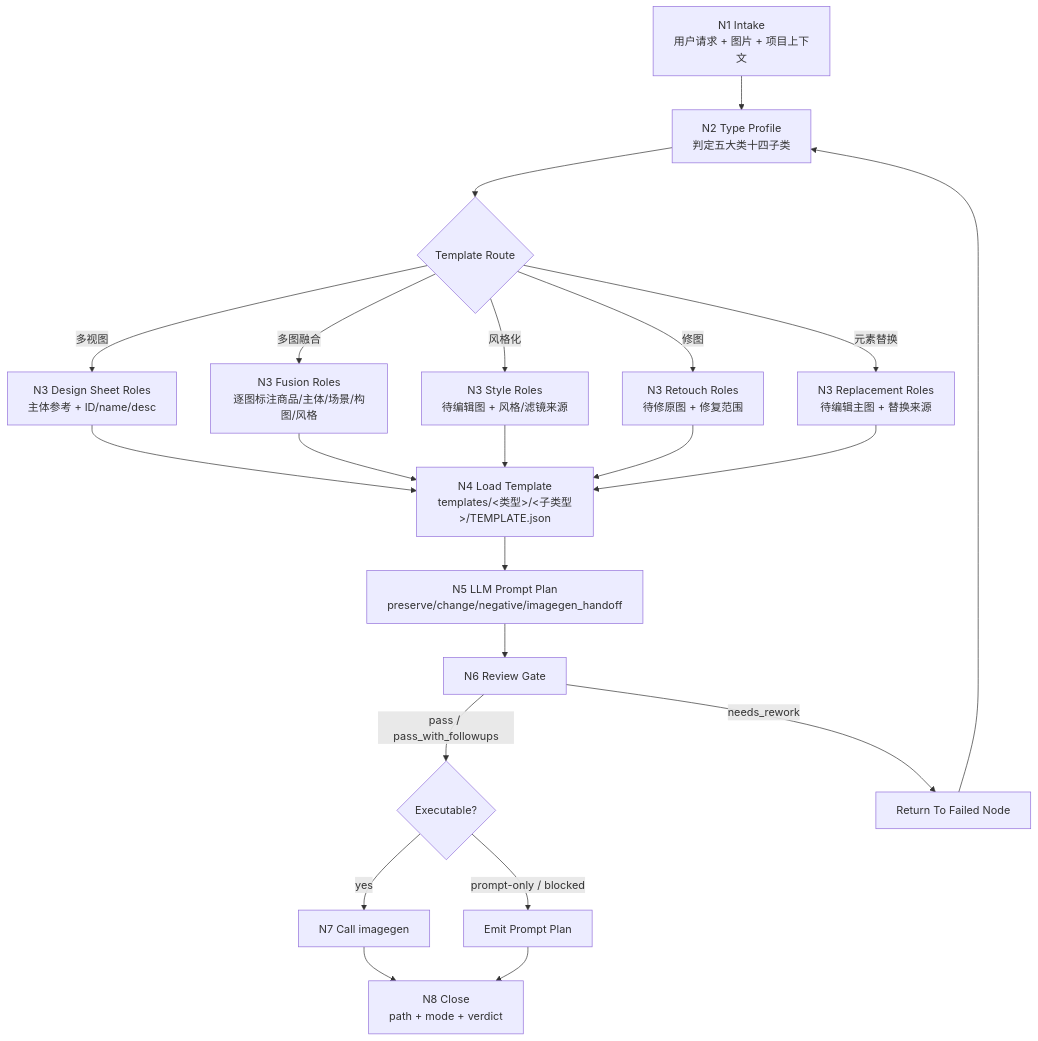
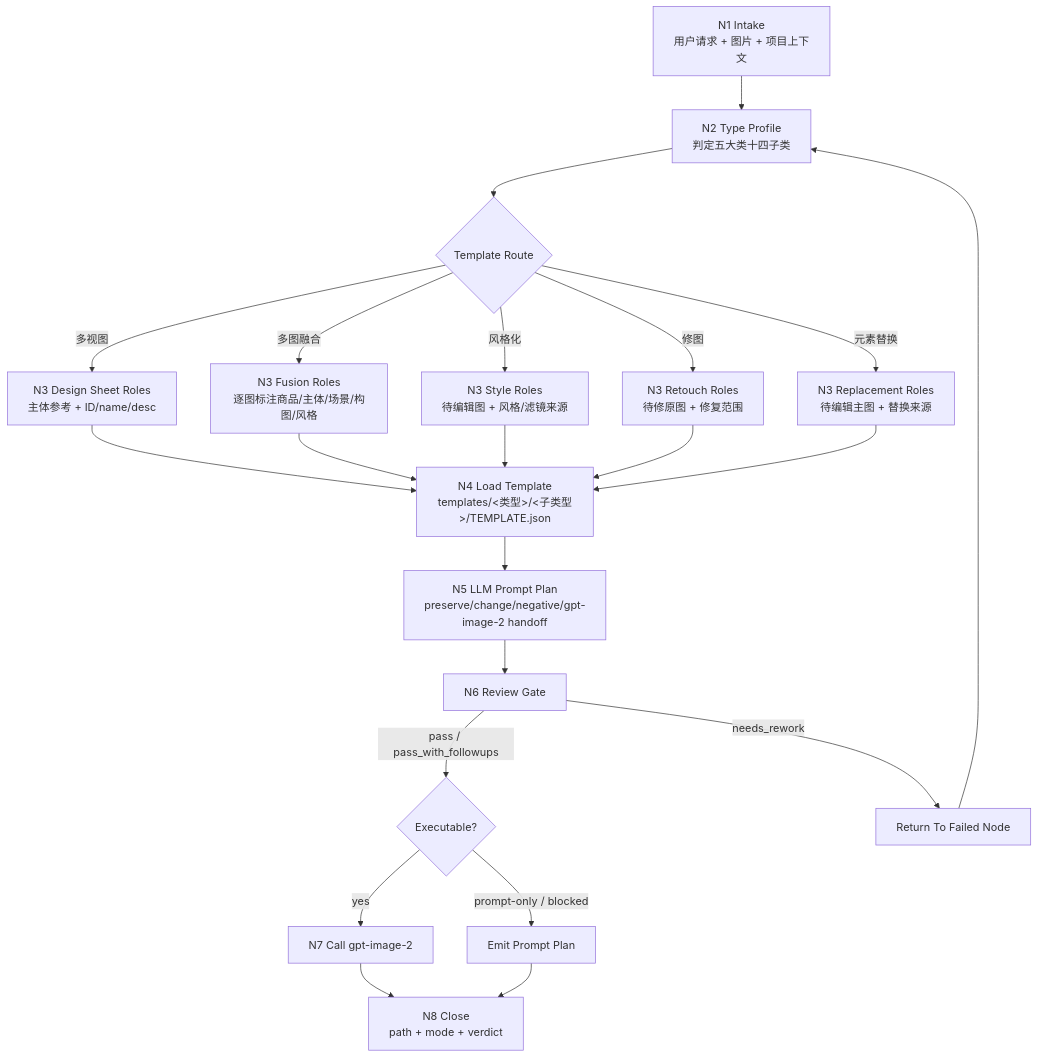
One commit to ZEN-VOID/AI-CUT changed the first of 2 diagrams in .agents/skills/photoGPT/steps/execution-workflow.md. Above: the diagram before and after it, drawn with Mermaid. The commit also changed other lines of this file and 59 other files, not shown here.

````diff
--- a/.agents/skills/photoGPT/steps/execution-workflow.md
+++ b/.agents/skills/photoGPT/steps/execution-workflow.md
@@ -7,24 +7,24 @@
 ```mermaid
 flowchart TD
     A["N1 Intake<br/>用户请求 + 图片 + 项目上下文"] --> B["N2 Type Profile<br/>判定五大类十四子类"]
     B --> C{"Template Route"}
     C -->|"多视图"| D["N3 Design Sheet Roles<br/>主体参考 + ID/name/desc"]
     C -->|"多图融合"| E["N3 Fusion Roles<br/>逐图标注商品/主体/场景/构图/风格"]
     C -->|"风格化"| F["N3 Style Roles<br/>待编辑图 + 风格/滤镜来源"]
     C -->|"修图"| G["N3 Retouch Roles<br/>待修原图 + 修复范围"]
     C -->|"元素替换"| H["N3 Replacement Roles<br/>待编辑主图 + 替换来源"]
     D --> I["N4 Load Template<br/>templates/<类型>/<子类型>/TEMPLATE.json"]
     E --> I
     F --> I
     G --> I
     H --> I
-    I --> J["N5 LLM Prompt Plan<br/>preserve/change/negative/imagegen_handoff"]
+    I --> J["N5 LLM Prompt Plan<br/>preserve/change/negative/gpt-image-2 handoff"]
     J --> K["N6 Review Gate"]
     K -->|"pass / pass_with_followups"| L{"Executable?"}
     K -->|"needs_rework"| M["Return To Failed Node"]
-    L -->|"yes"| N["N7 Call imagegen"]
+    L -->|"yes"| N["N7 Call gpt-image-2"]
     L -->|"prompt-only / blocked"| O["Emit Prompt Plan"]
     N --> P["N8 Close<br/>path + mode + verdict"]
     O --> P
     M --> B
 ```
````
